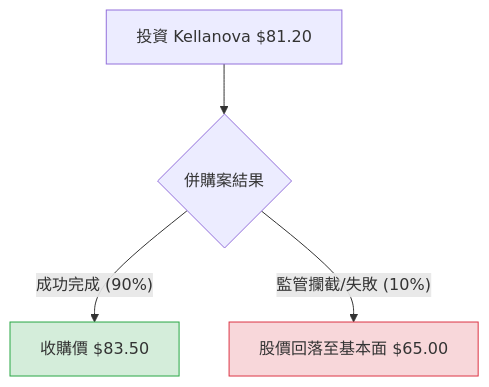
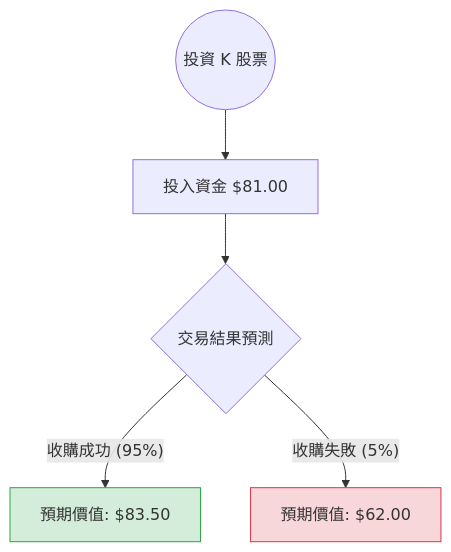
The diagram in plugin-react/ai-analysis/ev-analysis/K.md (zmcx16/zmcx16.github.io), drawn with Mermaid before and after one commit. The commit also changed other lines of this file and 80 other files, not shown here.

````diff
--- a/plugin-react/ai-analysis/ev-analysis/K.md
+++ b/plugin-react/ai-analysis/ev-analysis/K.md
@@ -23,10 +24,11 @@
 ```mermaid
 graph TD
-    A[投資 Kellanova $81.20] --> B{併購案結果}
+    Start((投資 K 股票)) --> Invest[投入資金 $81.00]
+    Invest --> Node1{交易結果預測}
     
-    B -- 成功完成 (90%) --> C[收購價 $83.50]
-    B -- 監管攔截/失敗 (10%) --> D[股價回落至基本面 $65.00]
+    Node1 -- "收購成功 (95%)" --> Success[預期價值: $83.50]
+    Node1 -- "收購失敗 (5%)" --> Failure[預期價值: $62.00]
 
-    style C fill:#d4edda,stroke:#28a745
-    style D fill:#f8d7da,stroke:#dc3545
+    style Success fill:#d4edda,stroke:#28a745
+    style Failure fill:#f8d7da,stroke:#dc3545
 ```
````
